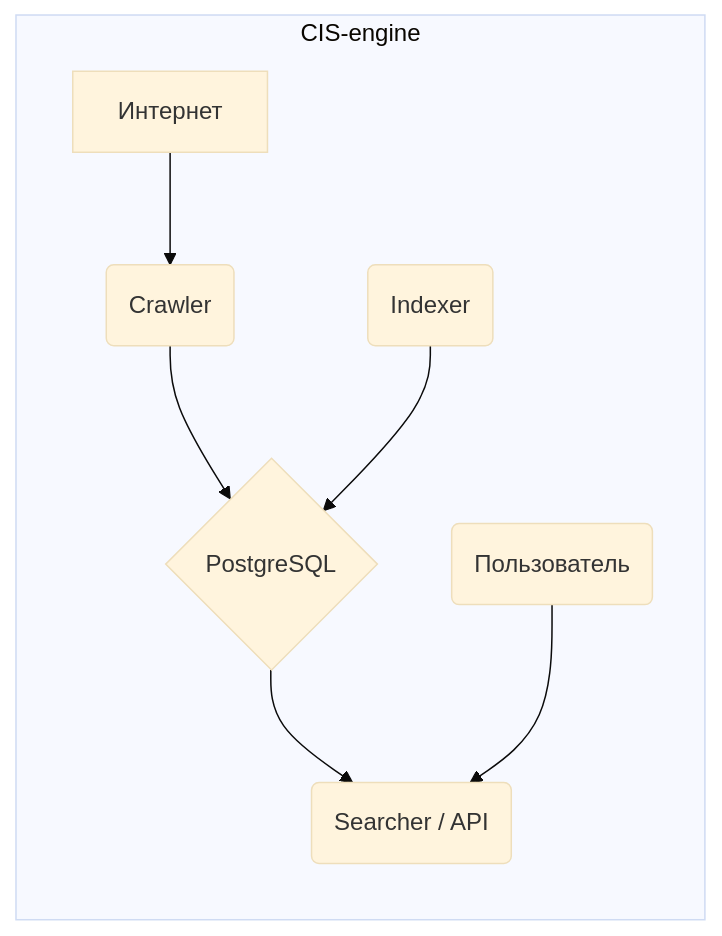
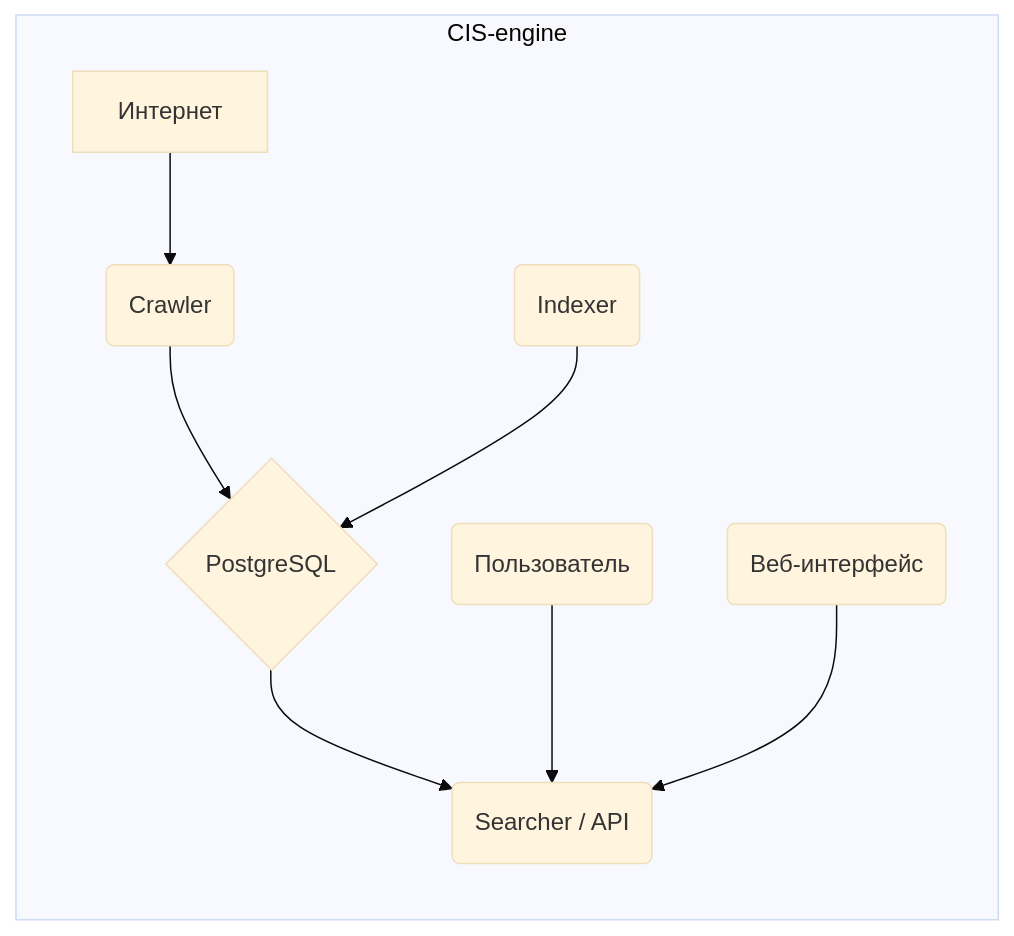
Before and after one commit to Cuga77/CIS-engine: the diagram in README.md, drawn with Mermaid (base theme). The commit also changed other lines of this file and 4 other files, not shown here.

````diff
--- a/README.md
+++ b/README.md
@@ -15,10 +14,11 @@
 ```mermaid
 graph LR
     subgraph CIS-engine
         A[Интернет] --> B(Crawler);
         B --> C{PostgreSQL};
         D(Indexer) --> C;
         C --> E(Searcher / API);
         F(Пользователь) --> E;
+        G(Веб-интерфейс) --> E;
     end
 ```
````
